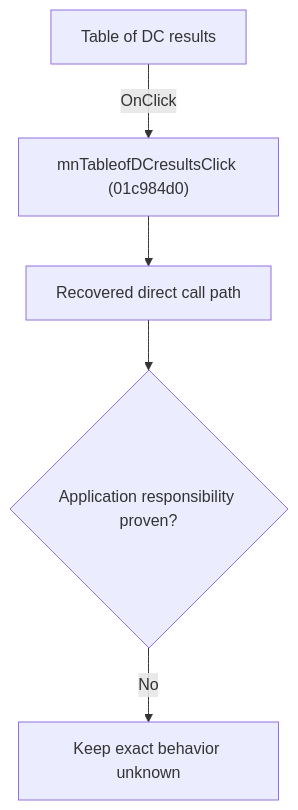
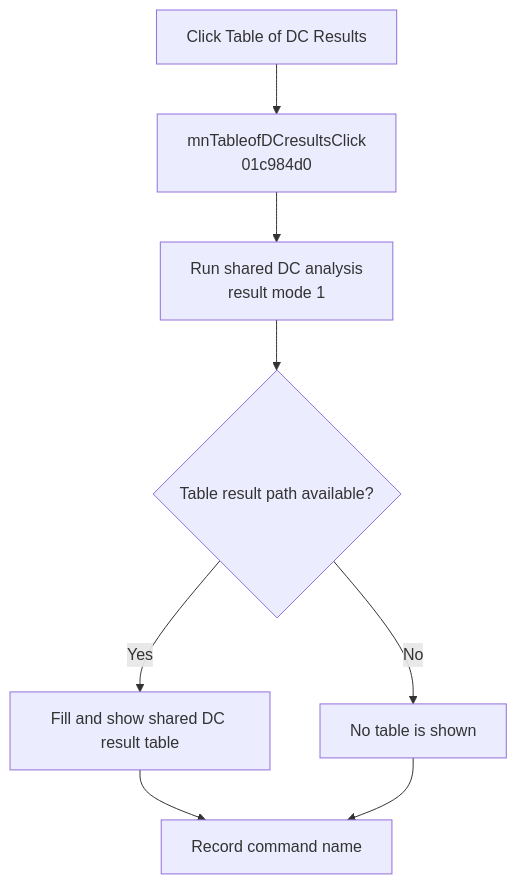
The diagram in docs/ui-controls/schematiceditor/mntableofdcresults-fbc395d261.md (MovGP0/TIARA), drawn with Mermaid before and after one commit. The commit also changed other lines of this file and 241 other files, not shown here.

````diff
--- a/docs/ui-controls/schematiceditor/mntableofdcresults-fbc395d261.md
+++ b/docs/ui-controls/schematiceditor/mntableofdcresults-fbc395d261.md
@@ -27,7 +29,10 @@
 ```mermaid
 flowchart TD
-    control["Table of DC results"] -->|"OnClick"| handler["mnTableofDCresultsClick (01c984d0)"]
-    handler --> recovered["Recovered direct call path"]
-    recovered --> gap{"Application responsibility proven?"}
-    gap -->|"No"| blocked["Keep exact behavior unknown"]
+    control["Click Table of DC Results"] --> handler["mnTableofDCresultsClick<br/>01c984d0"]
+    handler --> analyze["Run shared DC analysis<br/>result mode 1"]
+    analyze --> result{"Table result path available?"}
+    result -->|Yes| table["Fill and show shared DC result table"]
+    result -->|No| noShow["No table is shown"]
+    table --> record["Record command name"]
+    noShow --> record
 ```
````
